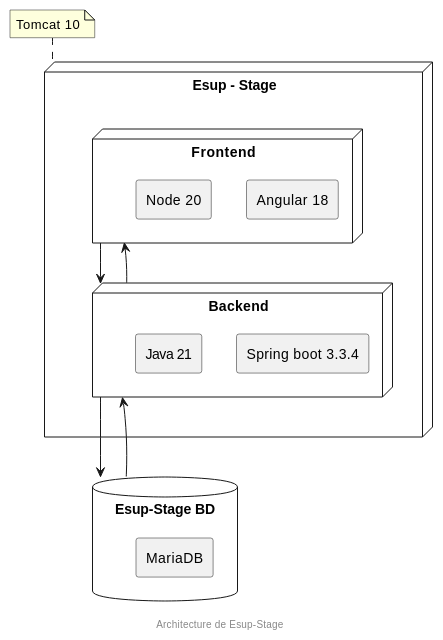
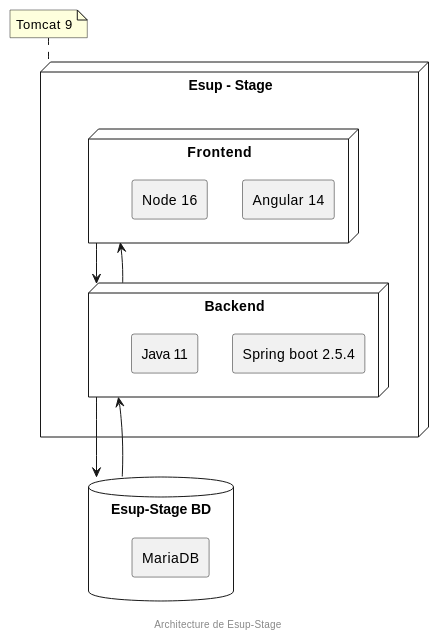
One commit to EsupPortail/esup-stage changed the diagram in src/docs/modules/ROOT/pages/archi-tech.adoc. Above: the diagram before and after it, drawn with PlantUML.

Commit message:
versions actuelles de l'archi-tech

```diff
--- a/src/docs/modules/ROOT/pages/archi-tech.adoc
+++ b/src/docs/modules/ROOT/pages/archi-tech.adoc
@@ -5,43 +5,43 @@
 [plantuml]
 ----
 @startuml
 skinparam componentStyle rectangle
 
 Node "Esup - Stage" {
 
 
     
     
     Node "Frontend" as frontend {
-        [Angular 18] as angular
-        [Node 20] as Node
+        [Angular 14] as angular
+        [Node 16] as Node
     }
     
     Node "Backend" as backend {
-        [Spring boot 3.3.4] as spring
-        [Java 21] as java
+        [Spring boot 2.5.4] as spring
+        [Java 11] as java
     }
     
 
 }
 
     note top of "Esup - Stage"
-    Tomcat 10
+    Tomcat 9
     end note
     
 
 database "Esup-Stage BD" as db {
     component "MariaDB" as mariadb
 }
 
 frontend -[hidden]d- backend
 backend -[hidden]d- db
 
 frontend -down-> backend
 backend -up-> frontend
 backend -down-> db
 db -up-> backend
 
 center footer Architecture de Esup-Stage
 @enduml
 ----
```
